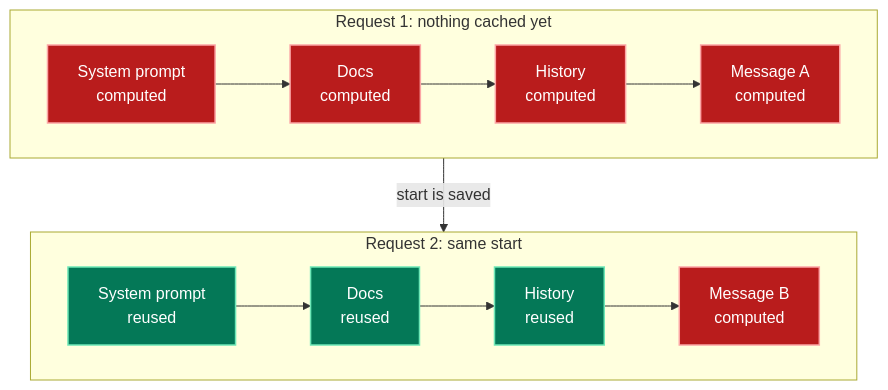
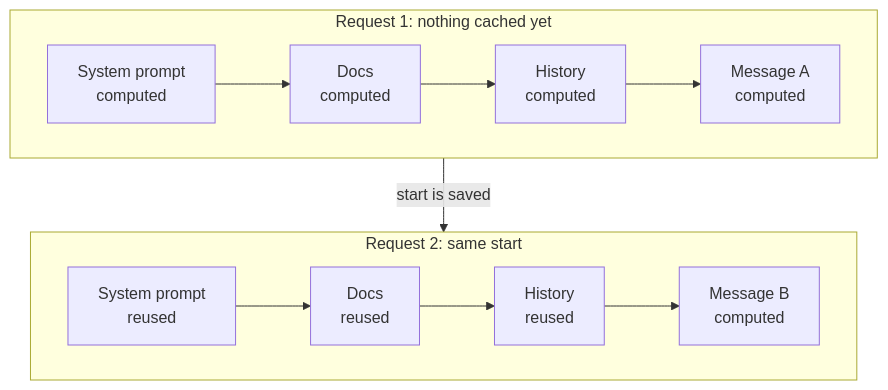
Before and after one commit to g-savitha/gsavitha.in: the first of 3 diagrams in src/content/blog/prompt-caching.md, drawn with Mermaid. The commit also changed other lines of this file and 6 other files, not shown here.

Commit message:
Mermaid: keep <br/> in labels, softer shared palette, drop temporary classDefs

````diff
--- a/src/content/blog/prompt-caching.md
+++ b/src/content/blog/prompt-caching.md
@@ -63,33 +63,14 @@
 ```mermaid
 flowchart TB
     subgraph R1["Request 1: nothing cached yet"]
         direction LR
-        A1["`System prompt
-        computed`"]
-        A2["`Docs
-        computed`"]
-        A3["`History
-        computed`"]
-        A4["`Message A
-        computed`"]
-        A1 --> A2 --> A3 --> A4
+        A1["System prompt<br/>computed"] --> A2["Docs<br/>computed"] --> A3["History<br/>computed"] --> A4["Message A<br/>computed"]
     end
     subgraph R2["Request 2: same start"]
         direction LR
-        B1["`System prompt
-        reused`"]
-        B2["`Docs
-        reused`"]
-        B3["`History
-        reused`"]
-        B4["`Message B
-        computed`"]
-        B1 --> B2 --> B3 --> B4
+        B1["System prompt<br/>reused"] --> B2["Docs<br/>reused"] --> B3["History<br/>reused"] --> B4["Message B<br/>computed"]
     end
     R1 -->|"start is saved"| R2
     class A1,A2,A3,A4,B4 miss
     class B1,B2,B3 hit
-    %% Temporary: remove these classDefs once PR #25 (shared mermaid theme) is merged.
-    classDef hit fill:#047857,stroke:#6ee7b7,stroke-width:1.5px,color:#ffffff
-    classDef miss fill:#b91c1c,stroke:#fca5a5,stroke-width:1.5px,color:#ffffff
 ```
````
